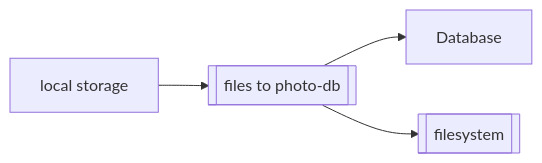
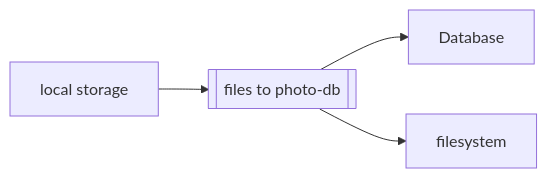
One commit to Zheng-Bote/qt_files_photo-gallery changed the fifth of 6 diagrams in README.md. Above: the diagram before and after it, drawn with Mermaid. The commit also changed other lines of this file, not shown here.

Commit message:
upd: Mermaid

````diff
--- a/README.md
+++ b/README.md
@@ -407,6 +412,6 @@
 ```mermaid
 flowchart LR;
   A[local storage] --> B[[files to photo-db]]
   B --> C[Database]
-  B --> D[[filesystem]]
+  B --> D[filesystem]
 ```
````
